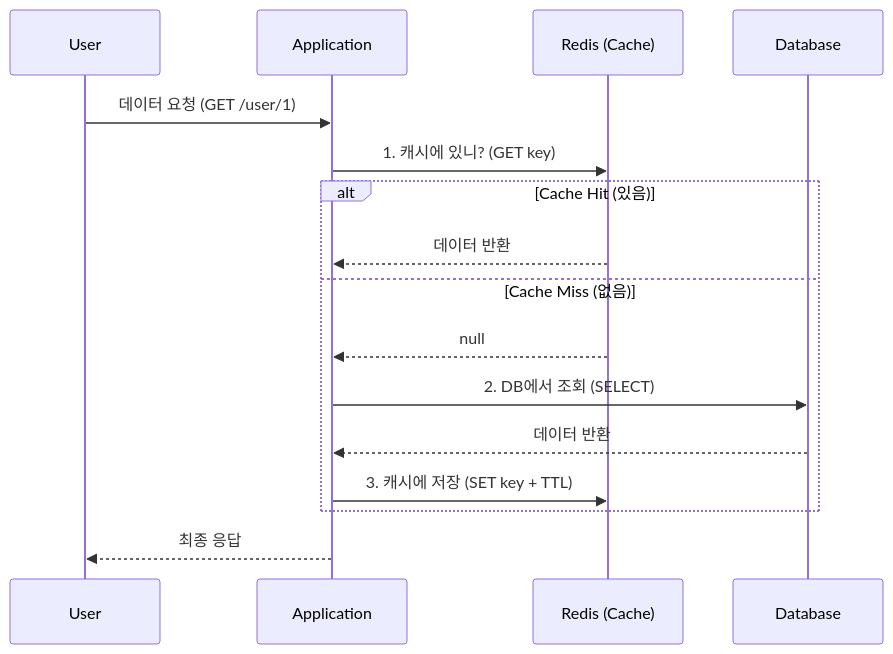
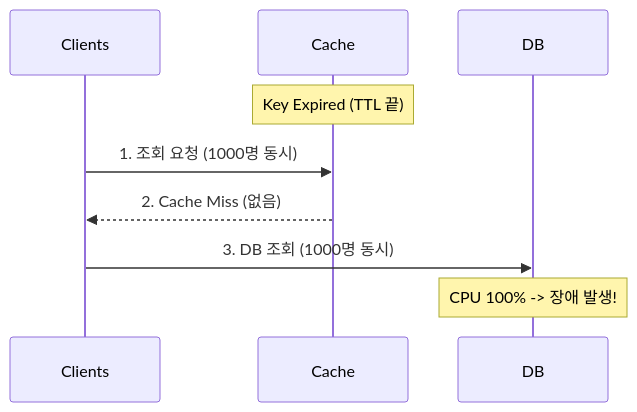
The second of 2 diagrams in 03-database/caching-redis/README.md (thseo4813/Study-Notes), drawn with Mermaid before and after one commit. The commit also changed other lines of this file and 13 other files, not shown here.

````diff
--- a/03-database/caching-redis/README.md
+++ b/03-database/caching-redis/README.md
@@ -229,21 +79,12 @@
 ```mermaid
 sequenceDiagram
-    participant User
-    participant App as Application
-    participant Cache as Redis (Cache)
-    participant DB as Database
+    participant Clients
+    participant Cache
+    participant DB
 
-    User->>App: 데이터 요청 (GET /user/1)
-    App->>Cache: 1. 캐시에 있니? (GET key)
-    
-    alt Cache Hit (있음)
-        Cache-->>App: 데이터 반환
-    else Cache Miss (없음)
-        Cache-->>App: null
-        App->>DB: 2. DB에서 조회 (SELECT)
-        DB-->>App: 데이터 반환
-        App->>Cache: 3. 캐시에 저장 (SET key + TTL)
-    end
-    
-    App-->>User: 최종 응답
+    Note over Cache: Key Expired (TTL 끝)
+    Clients->>Cache: 1. 조회 요청 (1000명 동시)
+    Cache-->>Clients: 2. Cache Miss (없음)
+    Clients->>DB: 3. DB 조회 (1000명 동시)
+    Note over DB: CPU 100% -> 장애 발생!
 ```
````
